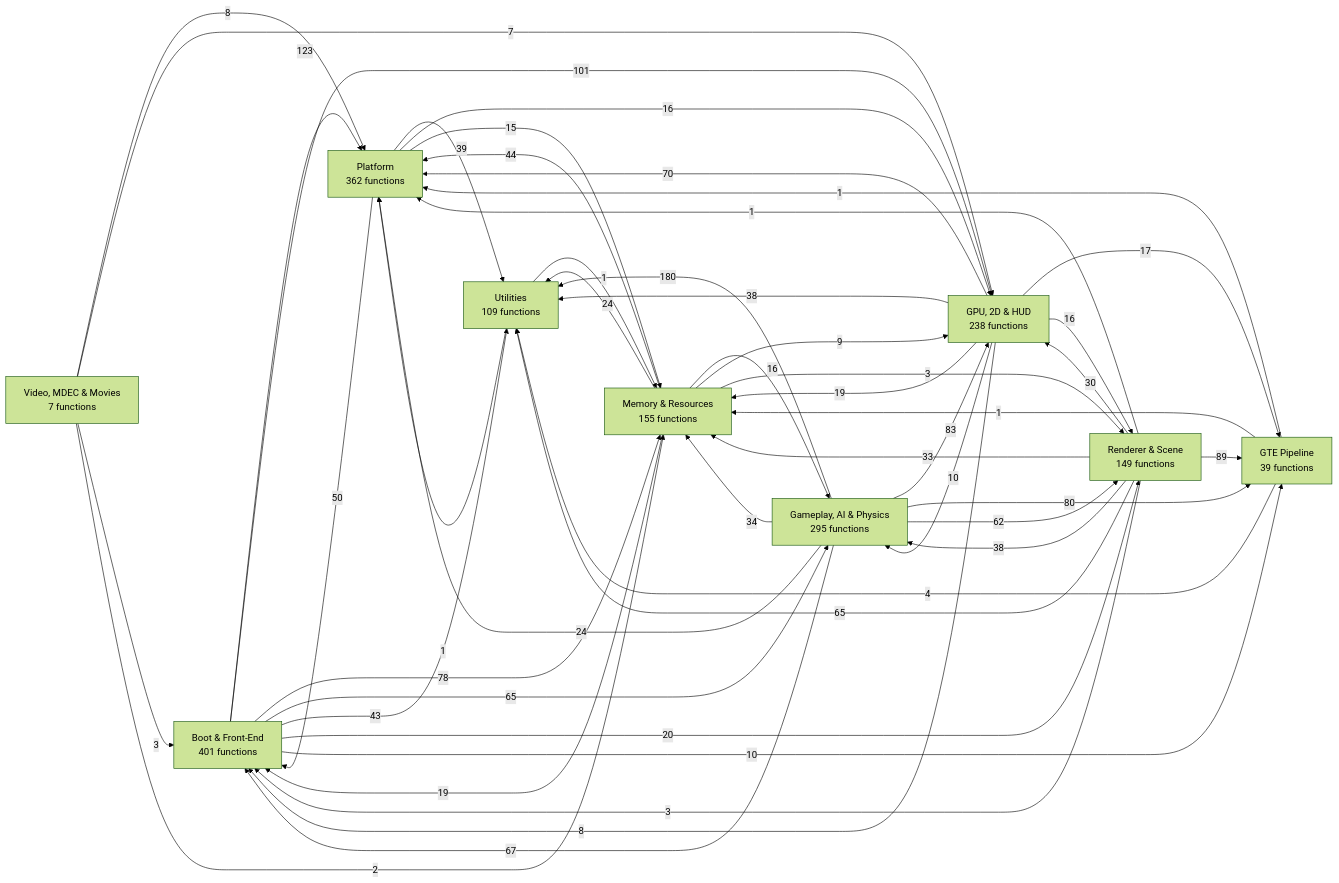
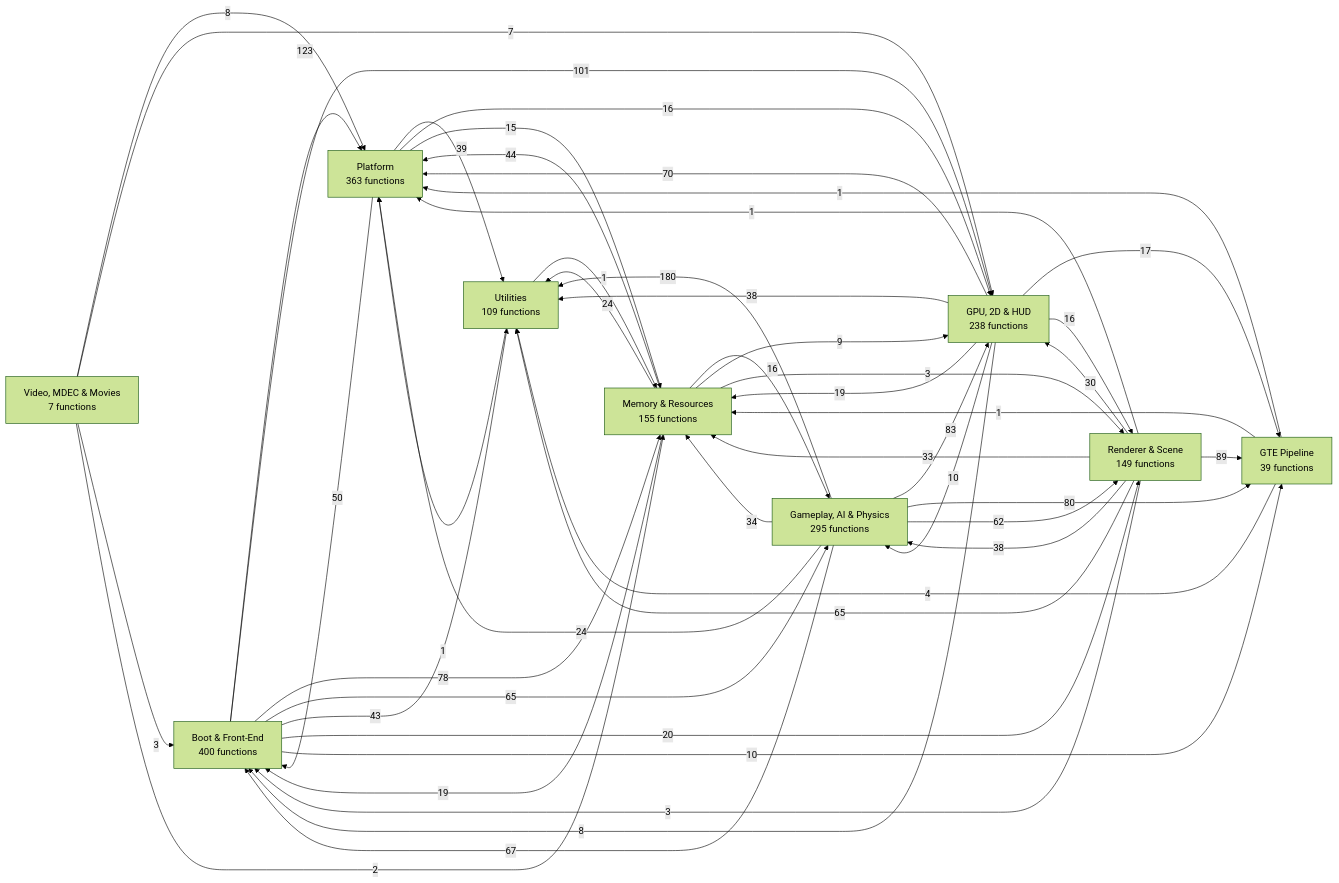
Before and after one commit to kai-luni/Future-Cop-L.A.P.D-PS1: the first of 11 diagrams in docs/FUNCTION_MAP.md, drawn with Mermaid (forest theme). The commit also changed other lines of this file and 12 other files, not shown here.

````diff
--- a/docs/FUNCTION_MAP.md
+++ b/docs/FUNCTION_MAP.md
@@ -13,59 +13,59 @@
 ```mermaid
 graph LR
-    g0["Boot & Front-End<br/>401 functions"]
+    g0["Boot & Front-End<br/>400 functions"]
     g1["Memory & Resources<br/>155 functions"]
     g2["Video, MDEC & Movies<br/>7 functions"]
     g3["GTE Pipeline<br/>39 functions"]
     g4["Renderer & Scene<br/>149 functions"]
     g5["GPU, 2D & HUD<br/>238 functions"]
     g6["Gameplay, AI & Physics<br/>295 functions"]
-    g7["Platform<br/>362 functions"]
+    g7["Platform<br/>363 functions"]
     g8["Utilities<br/>109 functions"]
     g6 -->|180| g8
     g0 -->|123| g7
     g0 -->|101| g5
     g4 -->|89| g3
     g6 -->|83| g5
     g6 -->|80| g3
     g0 -->|78| g1
     g5 -->|70| g7
     g6 -->|67| g0
     g0 -->|65| g6
     g4 -->|65| g8
     g6 -->|62| g4
     g7 -->|50| g0
     g1 -->|44| g7
     g0 -->|43| g8
     g7 -->|39| g8
     g5 -->|38| g8
     g4 -->|38| g6
     g6 -->|34| g1
     g4 -->|33| g1
     g4 -->|30| g5
     g6 -->|24| g7
     g1 -->|24| g8
     g0 -->|20| g4
     g5 -->|19| g1
     g1 -->|19| g0
     g5 -->|17| g3
     g5 -->|16| g4
     g1 -->|16| g6
     g7 -->|16| g5
     g7 -->|15| g1
     g0 -->|10| g3
     g5 -->|10| g6
     g1 -->|9| g5
     g5 -->|8| g0
     g2 -->|8| g7
     g2 -->|7| g5
     g3 -->|4| g8
     g1 -->|3| g4
     g4 -->|3| g0
     g2 -->|3| g0
     g2 -->|2| g1
     g3 -->|1| g1
     g3 -->|1| g7
     g4 -->|1| g7
     g8 -->|1| g1
     g8 -->|1| g7
 ```
````
